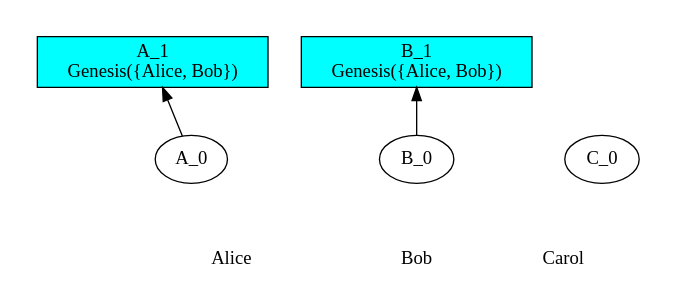
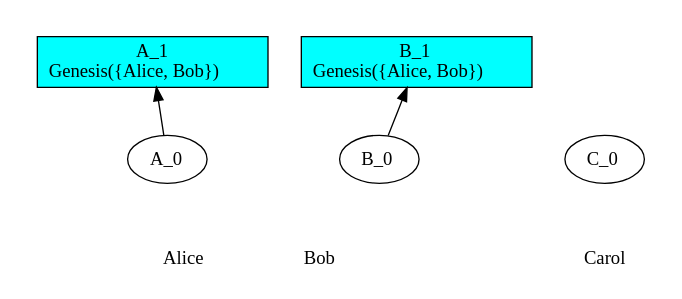
The diagram in input_graphs/parsec_functional_tests_handle_malice_invalid_gossip_creator/bob.dot (u-amine/parsec), drawn with Graphviz before and after one commit. The commit also changed 26 other files, not shown here.

```diff
--- a/input_graphs/parsec_functional_tests_handle_malice_invalid_gossip_creator/bob.dot
+++ b/input_graphs/parsec_functional_tests_handle_malice_invalid_gossip_creator/bob.dot
@@ -1,72 +1,102 @@
+/// our_id: Bob
+/// peer_list: {
+///   Alice; PeerState(VOTE|SEND|RECV); peers: {Alice, Bob}
+///   Bob; PeerState(VOTE|SEND|RECV); peers: {Alice, Bob}
+/// }
 digraph GossipGraph {
   splines=false
   rankdir=BT
-/// our_id: Bob
-/// peer_states: {Alice: "PeerState(VOTE|SEND|RECV)", Bob: "PeerState(VOTE|SEND|RECV)"}
-/// { 30d7e4394d..
-/// cause: Initial
-/// interesting_content: []
-/// last_ancestors: {Alice: 0}
-/// }
-/// { 3fae277c4b..
-/// cause: Observation(Genesis({Alice, Bob}))
-/// interesting_content: []
-/// last_ancestors: {Alice: 1}
-/// }
-/// { dc8296fe22..
-/// cause: Initial
-/// interesting_content: []
-/// last_ancestors: {Bob: 0}
-/// }
-/// { 1efae523fa..
-/// cause: Observation(Genesis({Alice, Bob}))
-/// interesting_content: []
-/// last_ancestors: {Bob: 1}
-/// }
-/// { 4541f98755..
-/// cause: Initial
-/// interesting_content: []
-/// last_ancestors: {Carol: 0}
-/// }
-    style=invis
+
+  style=invis
   subgraph cluster_Alice {
     label=Alice
     Alice [style=invis]
-    Alice -> "30d7e4394d.." [style=invis]
-    "30d7e4394d.." -> "3fae277c4b.." [minlen=1]
+    "Alice" -> "A_0" [style=invis]
+    "A_0" -> "A_1" [minlen=1]
   }
 
-    style=invis
+  style=invis
   subgraph cluster_Bob {
     label=Bob
     Bob [style=invis]
-    Bob -> "dc8296fe22.." [style=invis]
-    "dc8296fe22.." -> "1efae523fa.." [minlen=1]
+    "Bob" -> "B_0" [style=invis]
+    "B_0" -> "B_1" [minlen=1]
   }
 
-    style=invis
+  style=invis
   subgraph cluster_Carol {
     label=Carol
     Carol [style=invis]
-    Carol -> "4541f98755.." [style=invis]
+    "Carol" -> "C_0" [style=invis]
   }
-
-/// meta-vote section
- "30d7e4394d.." [fillcolor=white, label="A_0"]
- "3fae277c4b.." [fillcolor=white, label="A_1
-Genesis({Alice, Bob})"]
- "3fae277c4b.." [shape=rectangle, style=filled, fillcolor=cyan]
- "dc8296fe22.." [fillcolor=white, label="B_0"]
- "1efae523fa.." [fillcolor=white, label="B_1
-Genesis({Alice, Bob})"]
- "1efae523fa.." [shape=rectangle, style=filled, fillcolor=cyan]
- "4541f98755.." [fillcolor=white, label="C_0"]
 
   {
     rank=same
     Alice [style=filled, color=white]
     Bob [style=filled, color=white]
     Carol [style=filled, color=white]
   }
-  Alice -> Bob -> Carol [style=invis]
+  Alice -> Bob [style=invis]
+
+/// ===== details of events =====
+  "A_0" [fillcolor=white, label=<<table border="0" cellborder="0" cellpadding="0" cellspacing="0">
+<tr><td colspan="6">A_0</td></tr>
+</table>>]
+/// cause: Initial
+/// last_ancestors: {Alice: 0}
+
+  "A_1" [style=filled, fillcolor=cyan, shape=rectangle, label=<<table border="0" cellborder="0" cellpadding="0" cellspacing="0">
+<tr><td colspan="6">A_1</td></tr>
+<tr><td colspan="6">Genesis({Alice, Bob})</td></tr>
+</table>>]
+/// cause: Observation(Genesis({Alice, Bob}))
+/// last_ancestors: {Alice: 1}
+
+  "B_0" [fillcolor=white, label=<<table border="0" cellborder="0" cellpadding="0" cellspacing="0">
+<tr><td colspan="6">B_0</td></tr>
+</table>>]
+/// cause: Initial
+/// last_ancestors: {Bob: 0}
+
+  "B_1" [style=filled, fillcolor=cyan, shape=rectangle, label=<<table border="0" cellborder="0" cellpadding="0" cellspacing="0">
+<tr><td colspan="6">B_1</td></tr>
+<tr><td colspan="6">Genesis({Alice, Bob})</td></tr>
+</table>>]
+/// cause: Observation(Genesis({Alice, Bob}))
+/// last_ancestors: {Bob: 1}
+
+  "C_0" [fillcolor=white, label=<<table border="0" cellborder="0" cellpadding="0" cellspacing="0">
+<tr><td colspan="6">C_0</td></tr>
+</table>>]
+/// cause: Initial
+/// last_ancestors: {Alice: 0}
+
 }
+
+/// ===== meta-elections =====
+/// consensus_history:
+
+/// MetaElectionHandle(CURRENT)
+/// consensus_len: 0
+/// round_hashes: {
+///   Alice -> [
+///     RoundHash { round: 0, latest_block_hash: 0000000000000000000000000000000000000000000000000000000000000000 }
+///   ]
+///   Bob -> [
+///     RoundHash { round: 0, latest_block_hash: 0000000000000000000000000000000000000000000000000000000000000000 }
+///   ]
+/// }
+/// interesting_events: {
+/// }
+/// all_voters: {Alice, Bob}
+/// undecided_voters: {Alice, Bob}
+/// meta_events: {
+///   A_1 -> {
+///     observees: {}
+///     interesting_content: []
+///   }
+///   B_1 -> {
+///     observees: {}
+///     interesting_content: []
+///   }
+/// }
```
